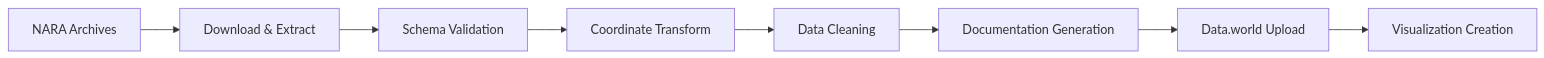
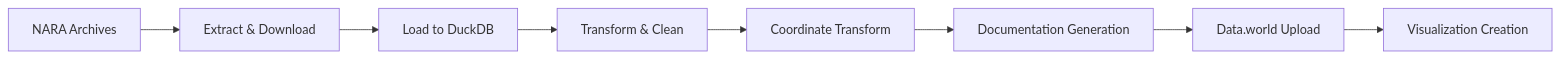
The diagram in README.md (cbaragao/MilitaryHistory), drawn with Mermaid before and after one commit. The commit also changed other lines of this file and 22 other files, not shown here.

````diff
--- a/README.md
+++ b/README.md
@@ -91,10 +92,10 @@
 ```mermaid
 graph LR
-    A[NARA Archives] --> B[Download & Extract]
-    B --> C[Schema Validation]
-    C --> D[Coordinate Transform]
-    D --> E[Data Cleaning]
+    A[NARA Archives] --> B[Extract & Download]
+    B --> C[Load to DuckDB]
+    C --> D[Transform & Clean]
+    D --> E[Coordinate Transform]
     E --> F[Documentation Generation]
     F --> G[Data.world Upload]
     G --> H[Visualization Creation]
 ```
````
